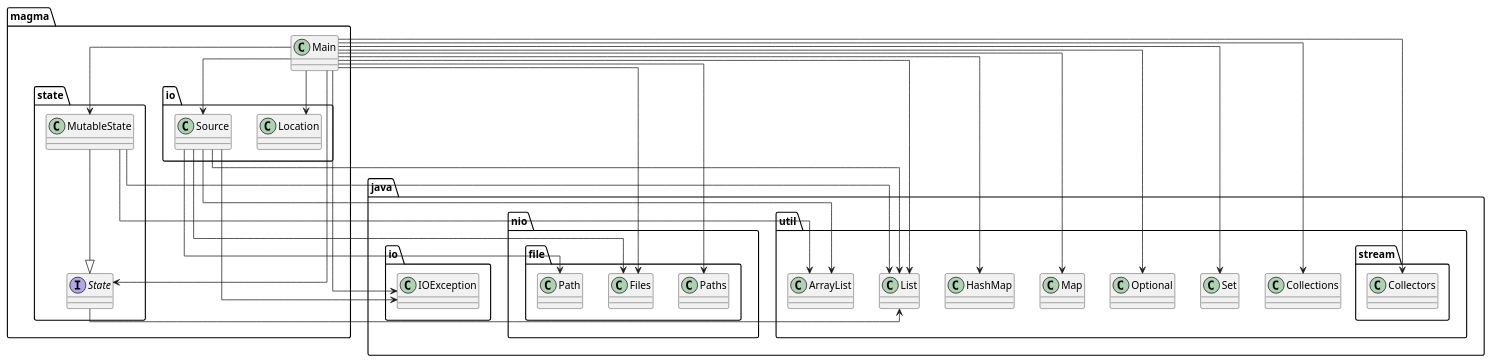
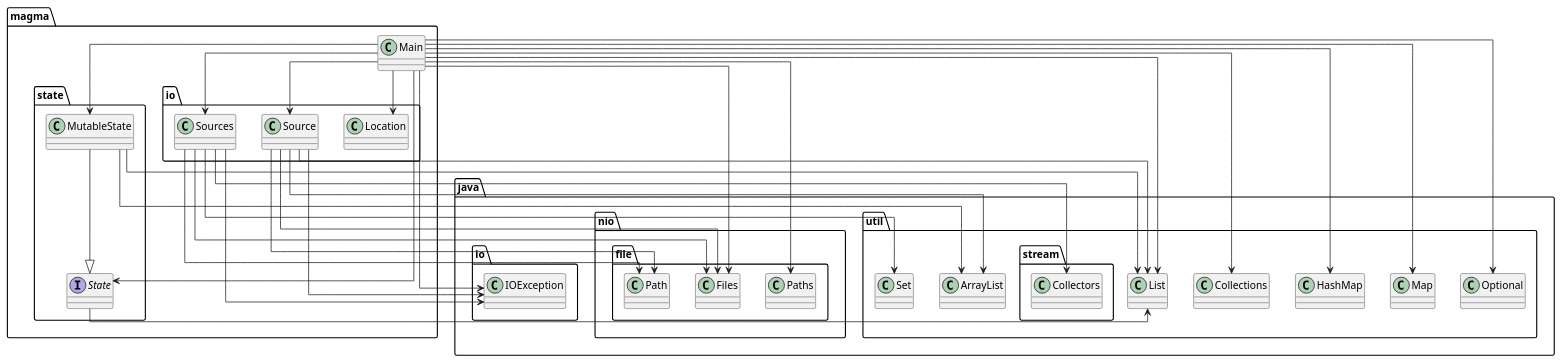
One commit to SirMathhman/Magma changed the diagram in diagram.puml. Above: the diagram before and after it, drawn with PlantUML. The commit also changed 2 other files, not shown here.

```diff
--- a/diagram.puml
+++ b/diagram.puml
@@ -1,31 +1,36 @@
 @startuml
 skinparam linetype ortho
 class magma.io.Location
 magma.Main --> magma.io.Location
 magma.Main --> magma.io.Source
+magma.Main --> magma.io.Sources
 magma.Main --> magma.state.MutableState
 magma.Main --> magma.state.State
 magma.Main --> java.io.IOException
 magma.Main --> java.nio.file.Files
 magma.Main --> java.nio.file.Paths
 magma.Main --> java.util.Collections
 magma.Main --> java.util.HashMap
 magma.Main --> java.util.List
 magma.Main --> java.util.Map
 magma.Main --> java.util.Optional
-magma.Main --> java.util.Set
-magma.Main --> java.util.stream.Collectors
 class magma.Main
 magma.state.State --> java.util.List
 interface magma.state.State
 magma.io.Source --> java.io.IOException
 magma.io.Source --> java.nio.file.Files
 magma.io.Source --> java.nio.file.Path
 magma.io.Source --> java.util.ArrayList
 magma.io.Source --> java.util.List
 class magma.io.Source
 magma.state.MutableState --> java.util.ArrayList
 magma.state.MutableState --> java.util.List
 class magma.state.MutableState
 magma.state.MutableState --|> magma.state.State
+magma.io.Sources --> java.io.IOException
+magma.io.Sources --> java.nio.file.Files
+magma.io.Sources --> java.nio.file.Path
+magma.io.Sources --> java.util.Set
+magma.io.Sources --> java.util.stream.Collectors
+class magma.io.Sources
 @enduml
```
